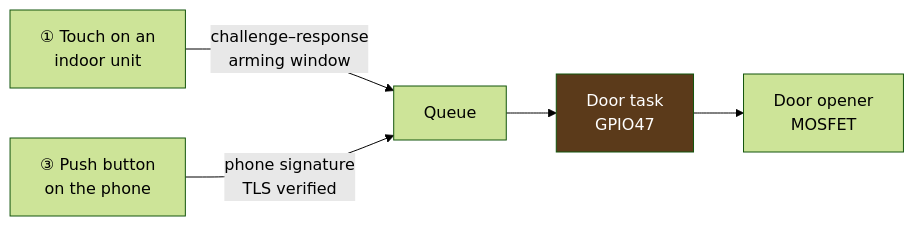
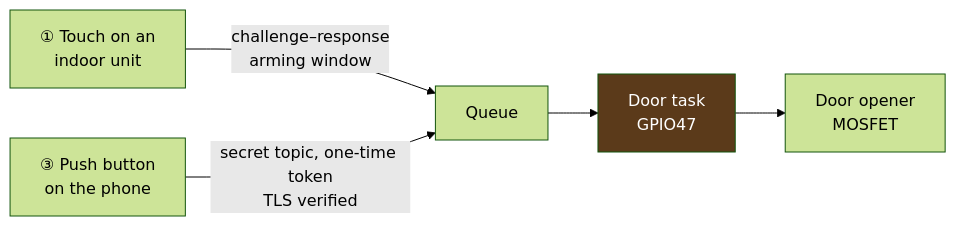
One commit to akoerner-dev/ClearBell changed the seventh of 9 diagrams in docs/Softwarearchitektur_V0.2.en.md. Above: the diagram before and after it, drawn with Mermaid (forest theme). The commit also changed other lines of this file and 19 other files, not shown here.

````diff
--- a/docs/Softwarearchitektur_V0.2.en.md
+++ b/docs/Softwarearchitektur_V0.2.en.md
@@ -543,8 +545,8 @@
 ```mermaid
 graph LR
     T1["① Touch on an<br/>indoor unit"] -->|"challenge–response<br/>arming window"| Q["Queue"]
-    T3["③ Push button<br/>on the phone"] -->|"phone signature<br/>TLS verified"| Q
+    T3["③ Push button<br/>on the phone"] -->|"secret topic, one-time token<br/>TLS verified"| Q
     Q --> G["Door task<br/>GPIO47"]
     G --> D["Door opener<br/>MOSFET"]
     style G fill:#5b3a1a,color:#fff
 ```
````
